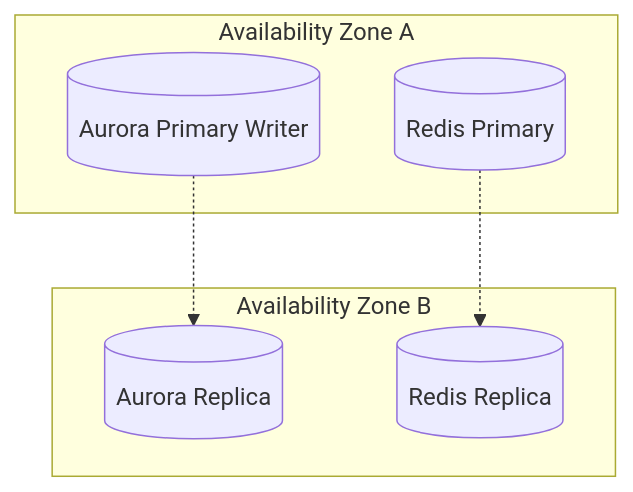
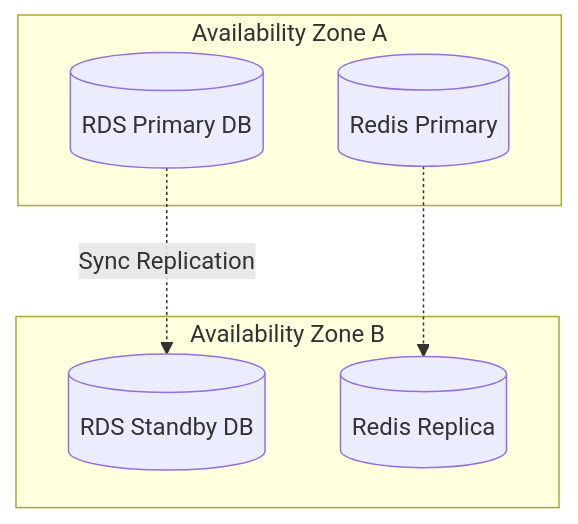
Before and after one commit to Dad3-Murp4y/privacyready: the third of 4 diagrams in docs/production_system_architecture.md, drawn with Mermaid. The commit also changed other lines of this file and 1 other file, not shown here.

Commit message:
docs: update architecture and cost-saver documentation

````diff
--- a/docs/production_system_architecture.md
+++ b/docs/production_system_architecture.md
@@ -93,15 +82,15 @@
 ```mermaid
 graph TD
     subgraph "Availability Zone A"
-        AuroraWriter[(Aurora Primary Writer)]
+        RDSPrimary[(RDS Primary DB)]
         RedisPrimary[(Redis Primary)]
     end
         
     subgraph "Availability Zone B"
-        AuroraReader[(Aurora Replica)]
+        RDSStandby[(RDS Standby DB)]
         RedisReplica[(Redis Replica)]
     end
         
-    AuroraWriter -.-> AuroraReader
+    RDSPrimary -.->|Sync Replication| RDSStandby
     RedisPrimary -.-> RedisReplica
 ```
````
